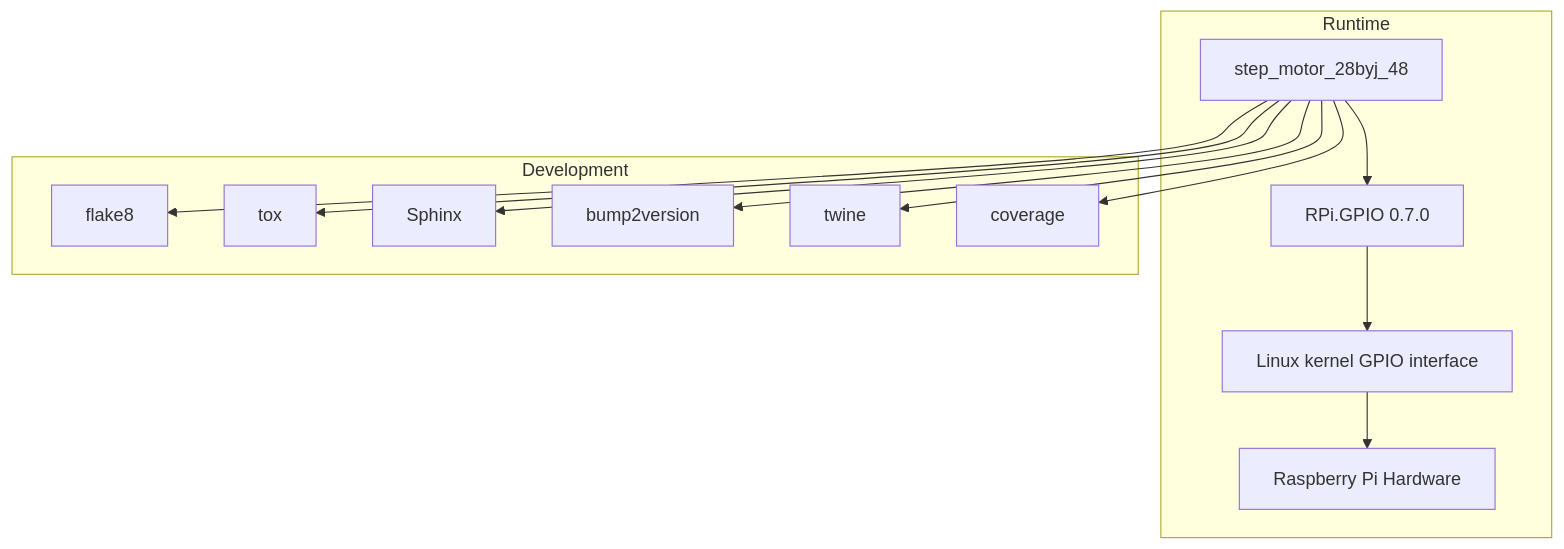
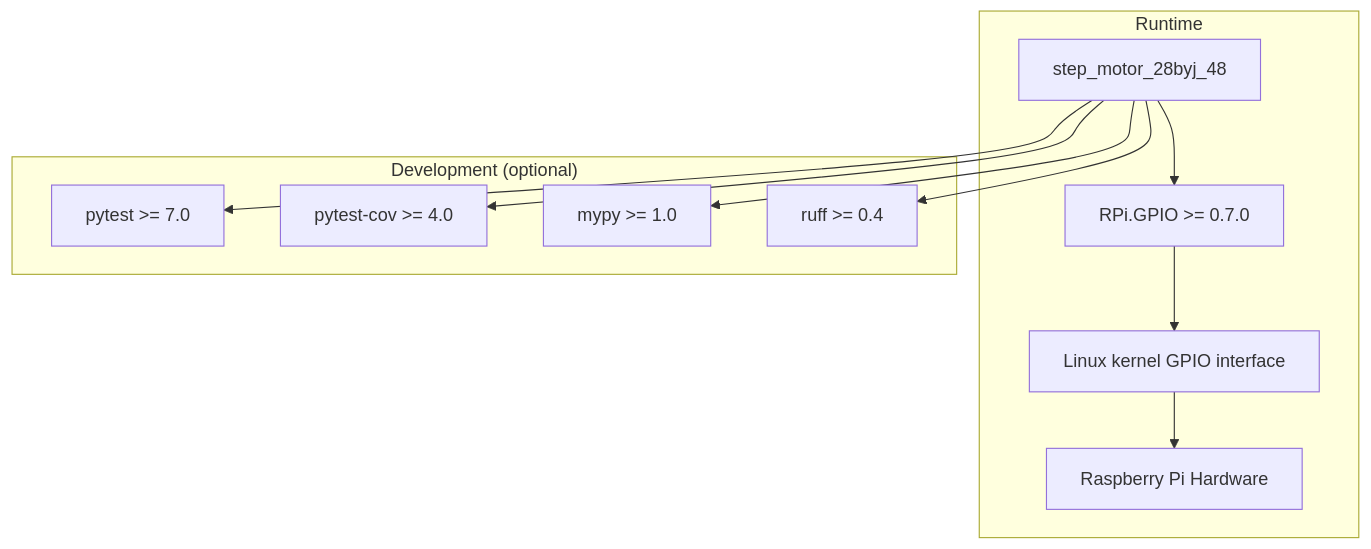
One commit to frankenwino/step_motor_28byj_48 changed the diagram in .agents/summary/dependencies.md. Above: the diagram before and after it, drawn with Mermaid. The commit also changed other lines of this file and 8 other files, not shown here.

First line of the commit message:
Refactor step_motor_28byj_48 documentation and code structure

````diff
--- a/.agents/summary/dependencies.md
+++ b/.agents/summary/dependencies.md
@@ -15,16 +13,14 @@
 ```mermaid
 graph TD
     subgraph "Runtime"
-        A[step_motor_28byj_48] --> B[RPi.GPIO 0.7.0]
+        A[step_motor_28byj_48] --> B["RPi.GPIO >= 0.7.0"]
         B --> C[Linux kernel GPIO interface]
         C --> D[Raspberry Pi Hardware]
     end
-    subgraph "Development"
-        A --> E[flake8]
-        A --> F[tox]
-        A --> G[Sphinx]
-        A --> H[bump2version]
-        A --> I[twine]
-        A --> J[coverage]
+    subgraph "Development (optional)"
+        A --> E["pytest >= 7.0"]
+        A --> F["pytest-cov >= 4.0"]
+        A --> G["mypy >= 1.0"]
+        A --> H["ruff >= 0.4"]
     end
 ```
````
